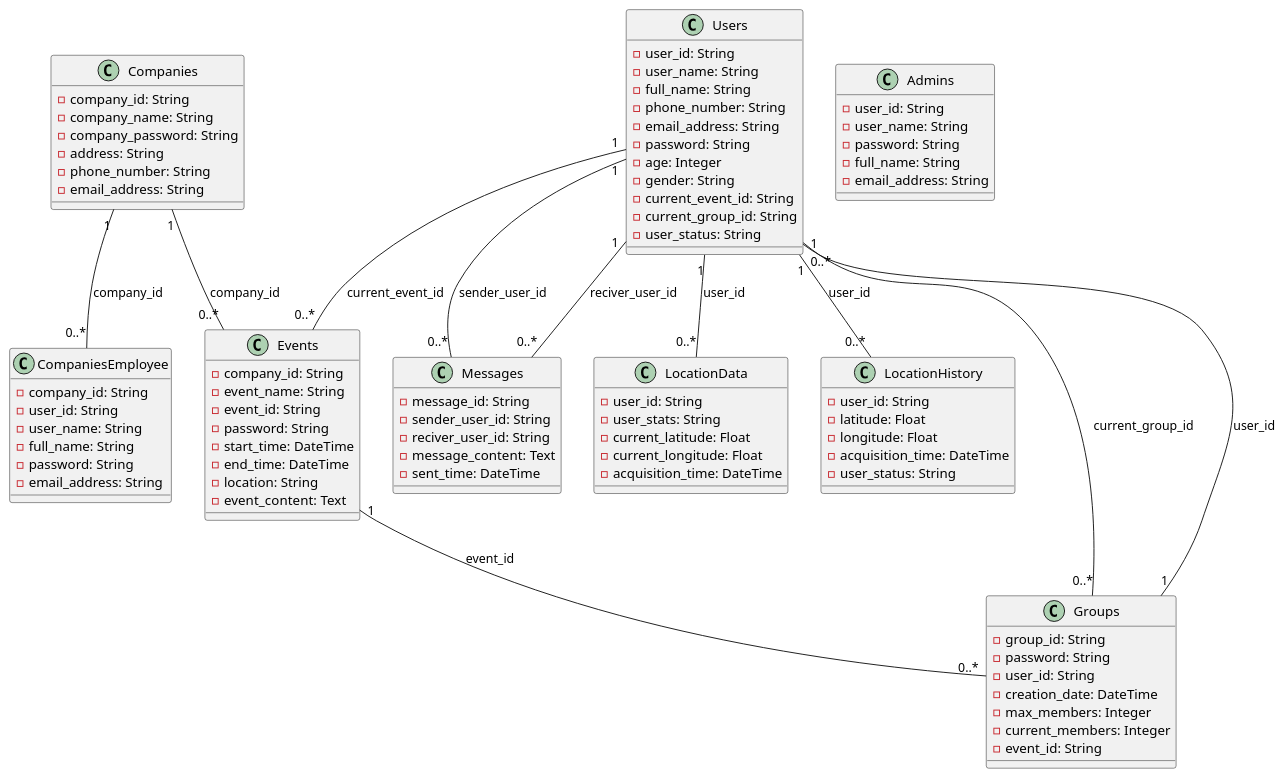
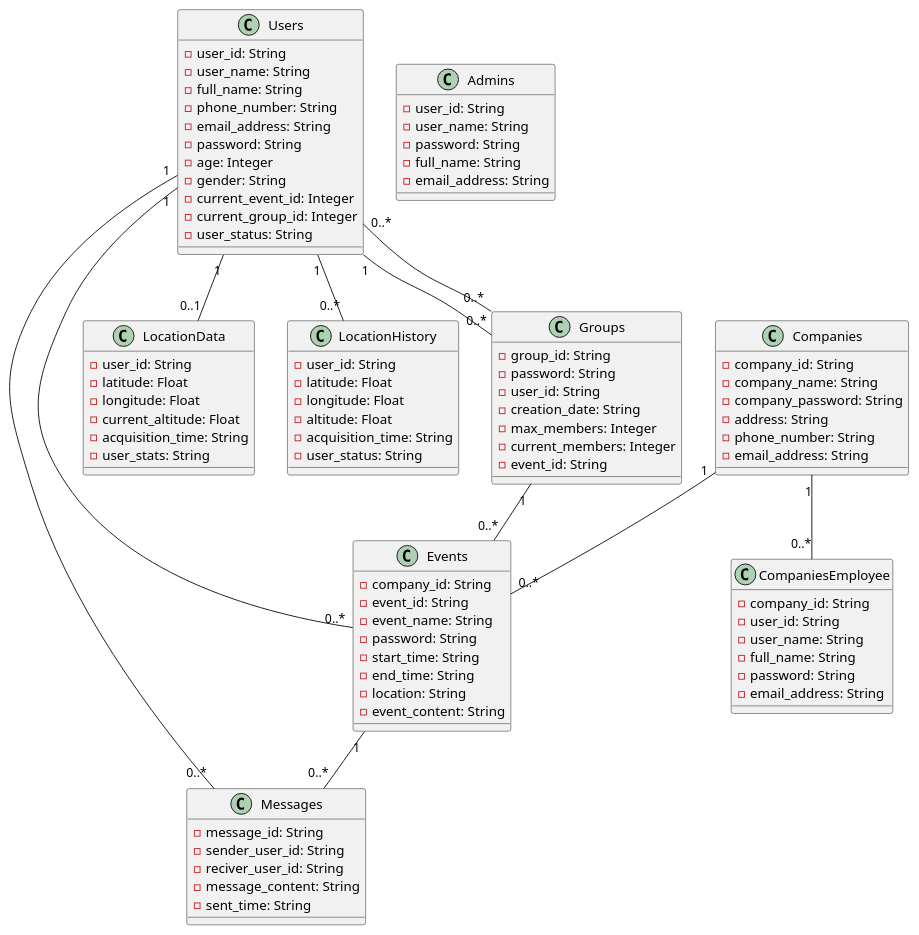
The diagram in F_class.plantuml (ksw2270227/GroupF), drawn with PlantUML before and after one commit.

Commit message:
some高度(altitude)の追加、クラス図の変更

```diff
--- a/F_class.plantuml
+++ b/F_class.plantuml
@@ -1,99 +1,104 @@
-@startuml クラス図
+@startuml
 
 class Users {
     - user_id: String
     - user_name: String
     - full_name: String
     - phone_number: String
     - email_address: String
     - password: String
     - age: Integer
     - gender: String
-    - current_event_id: String
-    - current_group_id: String
+    - current_event_id: Integer
+    - current_group_id: Integer
     - user_status: String
 }
 
 class Admins {
     - user_id: String
     - user_name: String
     - password: String
     - full_name: String
     - email_address: String
 }
 
 class Companies {
     - company_id: String
     - company_name: String
     - company_password: String
     - address: String
     - phone_number: String
     - email_address: String
 }
 
 class CompaniesEmployee {
     - company_id: String
     - user_id: String
     - user_name: String
     - full_name: String
     - password: String
     - email_address: String
 }
 
 class Groups {
     - group_id: String
     - password: String
     - user_id: String
-    - creation_date: DateTime
+    - creation_date: String
     - max_members: Integer
     - current_members: Integer
     - event_id: String
 }
 
 class Events {
     - company_id: String
+    - event_id: String
     - event_name: String
-    - event_id: String
     - password: String
-    - start_time: DateTime
-    - end_time: DateTime
+    - start_time: String
+    - end_time: String
     - location: String
-    - event_content: Text
+    - event_content: String
 }
 
 class Messages {
     - message_id: String
     - sender_user_id: String
     - reciver_user_id: String
-    - message_content: Text
-    - sent_time: DateTime
+    - message_content: String
+    - sent_time: String
 }
 
 class LocationData {
     - user_id: String
+    - latitude: Float
+    - longitude: Float
+    - current_altitude: Float
+    - acquisition_time: String
     - user_stats: String
-    - current_latitude: Float
-    - current_longitude: Float
-    - acquisition_time: DateTime
 }
 
 class LocationHistory {
     - user_id: String
     - latitude: Float
     - longitude: Float
-    - acquisition_time: DateTime
+    - altitude: Float
+    - acquisition_time: String
     - user_status: String
 }
 
+' 関連（has-a 関係）
+Users "1" -- "0..*" Groups
+Users "1" -- "0..*" Events
+Users "1" -- "0..*" Messages
+Users "1" -- "0..1" LocationData
+Users "1" -- "0..*" LocationHistory
 
-Users "1" -- "0..*" Events : current_event_id
-Users "1" -- "0..*" Groups : current_group_id
-Users "1" -- "0..*" Messages : sender_user_id
-Users "1" -- "0..*" Messages : reciver_user_id
-Users "1" -- "0..*" LocationData : user_id
-Users "1" -- "0..*" LocationHistory : user_id
-Companies "1" -- "0..*" Events : company_id
-Companies "1" -- "0..*" CompaniesEmployee : company_id
-Groups "1" -- "0..*" Users : user_id
-Events "1" -- "0..*" Groups : event_id
+Groups "0..*" -- "0..*" Users
+Groups "1" -- "0..*" Events
+
+Companies "1" -- "0..*" Events
+Companies "1" -- "0..*" CompaniesEmployee
+
+Events "1" -- "0..*" Messages
 @enduml
```
